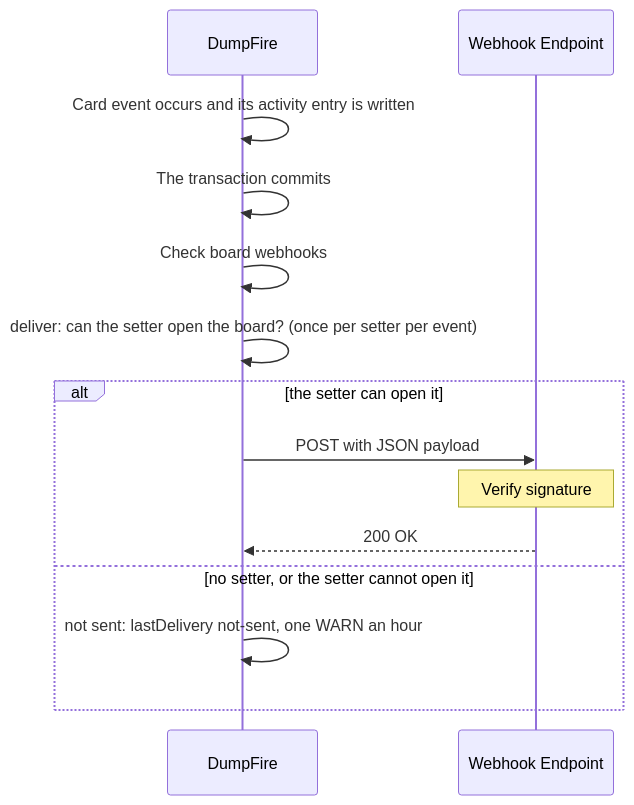
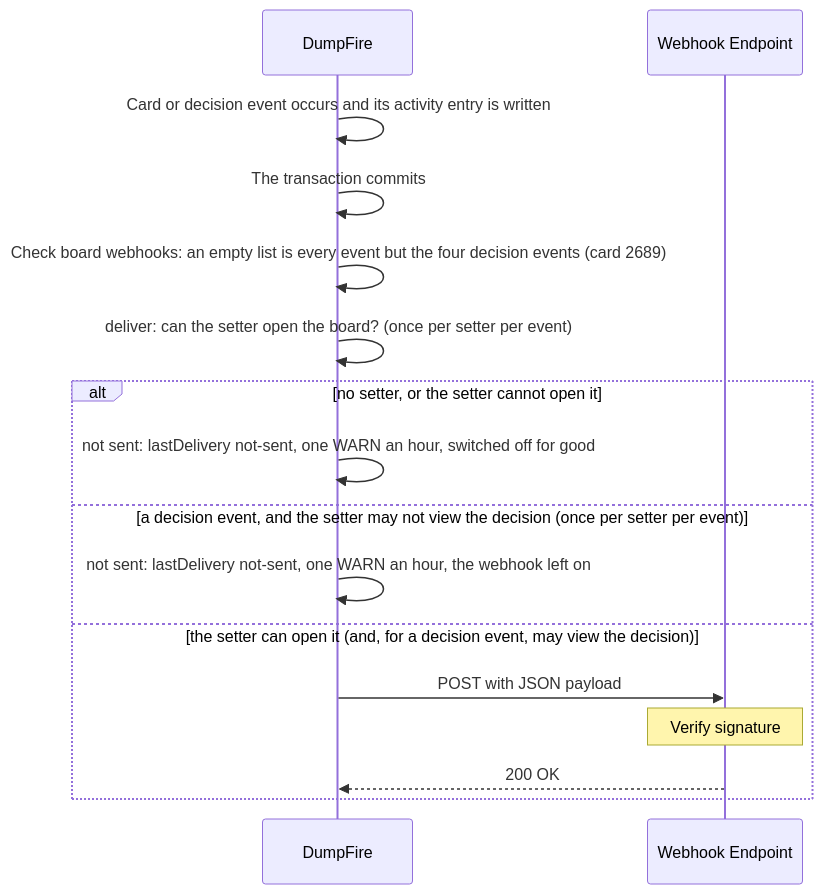
Before and after one commit to gitBoon/DumpFire: diagram 42 of 55 in docs/notifications-email.md, drawn with Mermaid. The commit also changed other lines of this file and 25 other files, not shown here.

````diff
--- a/docs/notifications-email.md
+++ b/docs/notifications-email.md
@@ -3035,17 +3038,19 @@
 ```mermaid
 sequenceDiagram
     participant S as DumpFire
     participant W as Webhook Endpoint
 
-    S->>S: Card event occurs and its activity entry is written
+    S->>S: Card or decision event occurs and its activity entry is written
     S->>S: The transaction commits
-    S->>S: Check board webhooks
+    S->>S: Check board webhooks: an empty list is every event but the four decision events (card 2689)
     S->>S: deliver: can the setter open the board? (once per setter per event)
-    alt the setter can open it
+    alt no setter, or the setter cannot open it
+        S->>S: not sent: lastDelivery not-sent, one WARN an hour, switched off for good
+    else a decision event, and the setter may not view the decision (once per setter per event)
+        S->>S: not sent: lastDelivery not-sent, one WARN an hour, the webhook left on
+    else the setter can open it (and, for a decision event, may view the decision)
         S->>W: POST with JSON payload
         Note over W: Verify signature
         W-->>S: 200 OK
-    else no setter, or the setter cannot open it
-        S->>S: not sent: lastDelivery not-sent, one WARN an hour
     end
 ```
````
